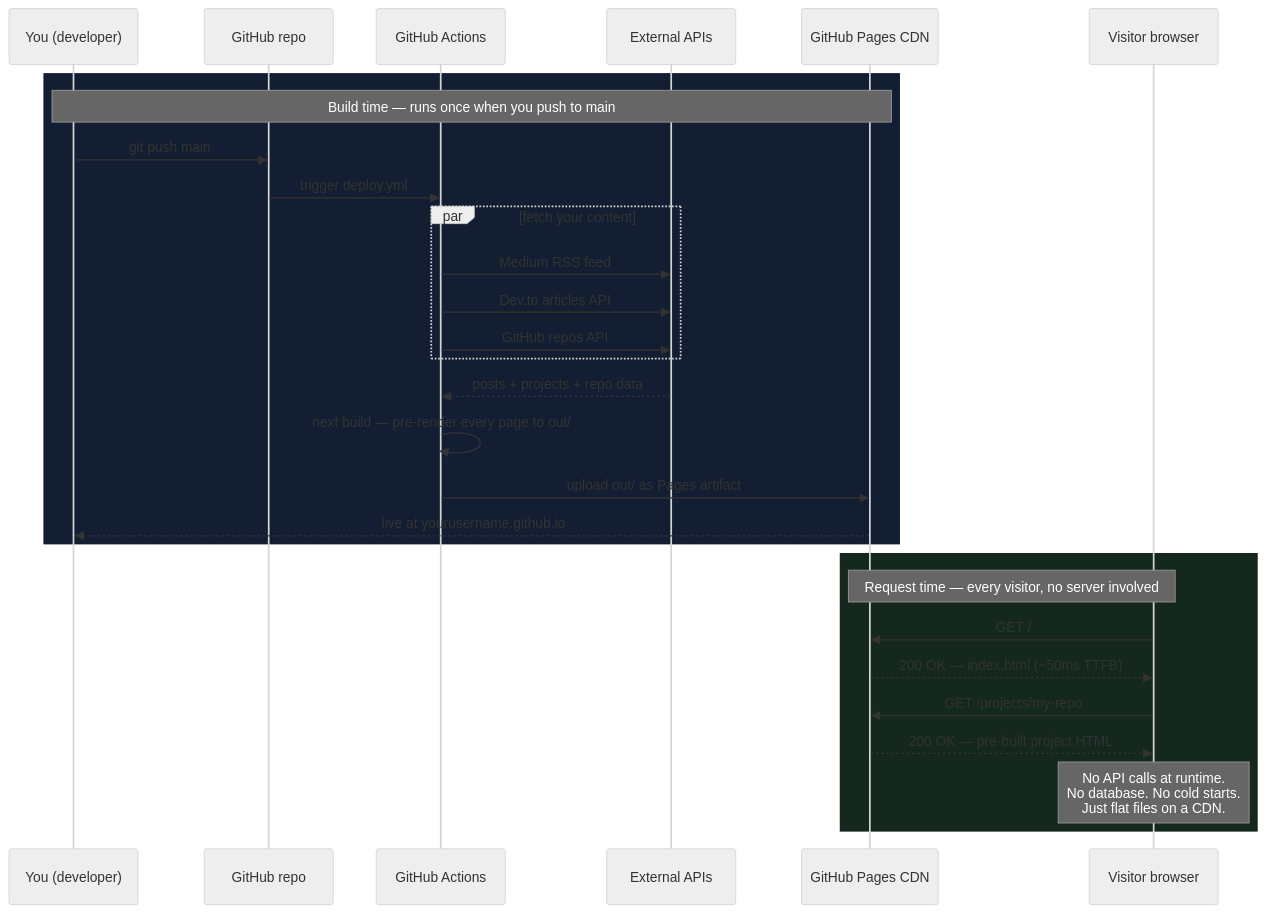
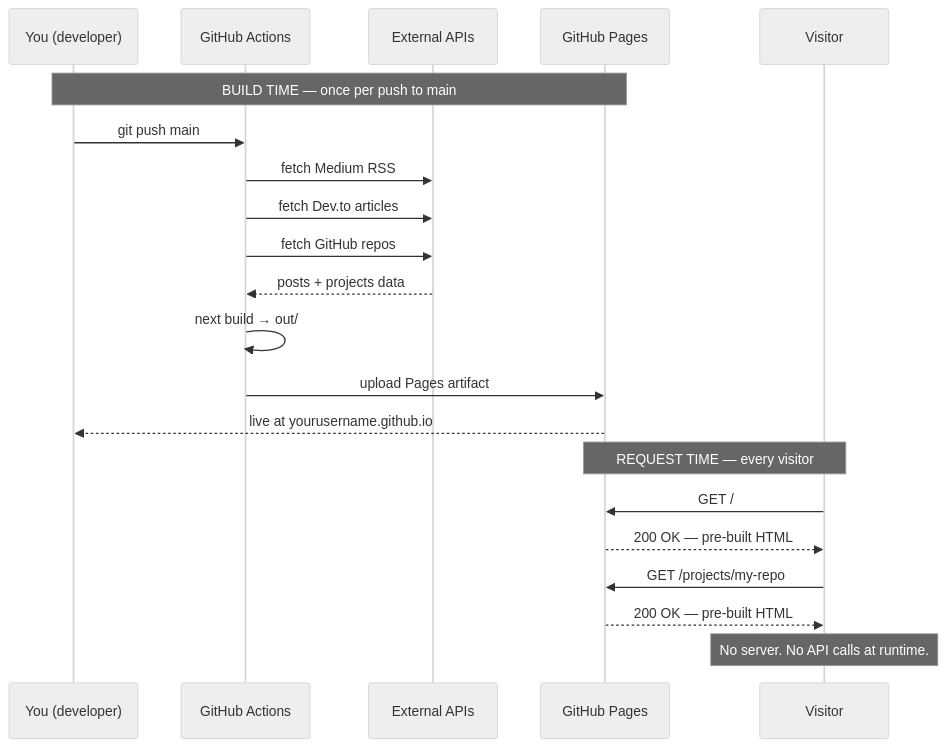
The second of 2 diagrams in content/blog/build-portfolio-with-ai-github-pages.mdx (theprodsde/theprodsde.github.io), drawn with Mermaid (neutral theme) before and after one commit. The commit also changed 4 other files, not shown here.

Commit message:
feat: update ESLint configuration and improve sequence diagrams in blog post

````diff
--- a/content/blog/build-portfolio-with-ai-github-pages.mdx
+++ b/content/blog/build-portfolio-with-ai-github-pages.mdx
@@ -68,35 +68,25 @@
 ```mermaid
 sequenceDiagram
-    participant Dev  as You (developer)
-    participant GH   as GitHub repo
-    participant CI   as GitHub Actions
-    participant Ext  as External APIs
-    participant CDN  as GitHub Pages CDN
-    participant User as Visitor browser
+    participant Dev as You (developer)
+    participant CI  as GitHub Actions
+    participant API as External APIs
+    participant CDN as GitHub Pages
+    participant Usr as Visitor
 
-    rect rgb(20, 30, 50)
-        Note over Dev,CDN: Build time — runs once when you push to main
+    Note over Dev,CDN: BUILD TIME — once per push to main
+    Dev->>CI: git push main
+    CI->>API: fetch Medium RSS
+    CI->>API: fetch Dev.to articles
+    CI->>API: fetch GitHub repos
+    API-->>CI: posts + projects data
+    CI->>CI: next build → out/
+    CI->>CDN: upload Pages artifact
+    CDN-->>Dev: live at yourusername.github.io
 
-        Dev->>GH: git push main
-        GH->>CI: trigger deploy.yml
-        par fetch your content
-            CI->>Ext: Medium RSS feed
-            CI->>Ext: Dev.to articles API
-            CI->>Ext: GitHub repos API
-        end
-        Ext-->>CI: posts + projects + repo data
-        CI->>CI: next build — pre-render every page to out/
-        CI->>CDN: upload out/ as Pages artifact
-        CDN-->>Dev: live at yourusername.github.io
-    end
-
-    rect rgb(20, 40, 30)
-        Note over User,CDN: Request time — every visitor, no server involved
-
-        User->>CDN: GET /
-        CDN-->>User: 200 OK — index.html (~50ms TTFB)
-        User->>CDN: GET /projects/my-repo
-        CDN-->>User: 200 OK — pre-built project HTML
-        Note over User: No API calls at runtime.<br/>No database. No cold starts.<br/>Just flat files on a CDN.
-    end
+    Note over CDN,Usr: REQUEST TIME — every visitor
+    Usr->>CDN: GET /
+    CDN-->>Usr: 200 OK — pre-built HTML
+    Usr->>CDN: GET /projects/my-repo
+    CDN-->>Usr: 200 OK — pre-built HTML
+    Note over Usr: No server. No API calls at runtime.
 ```
````
